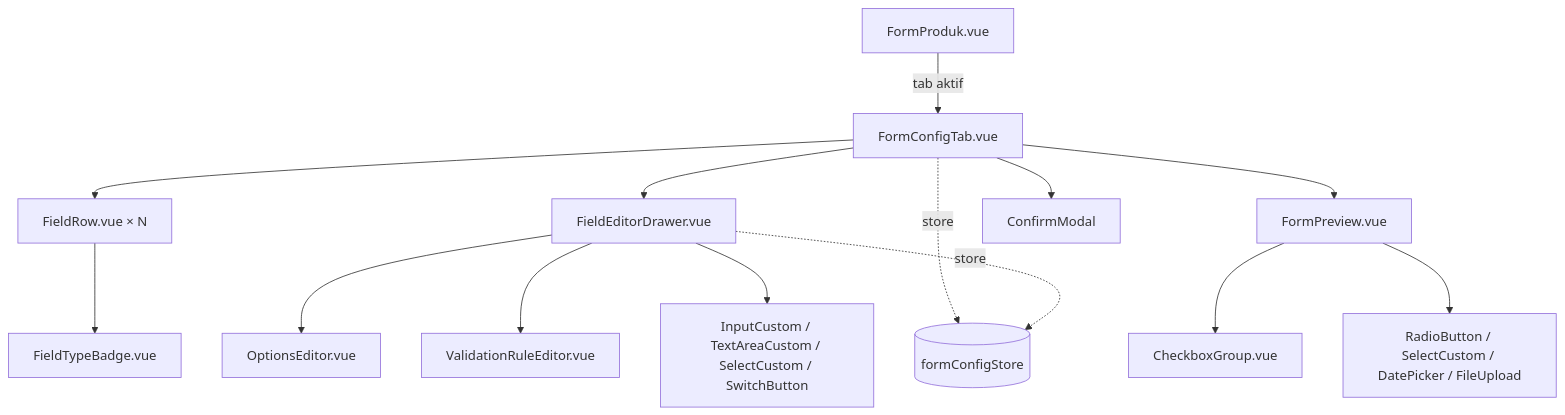
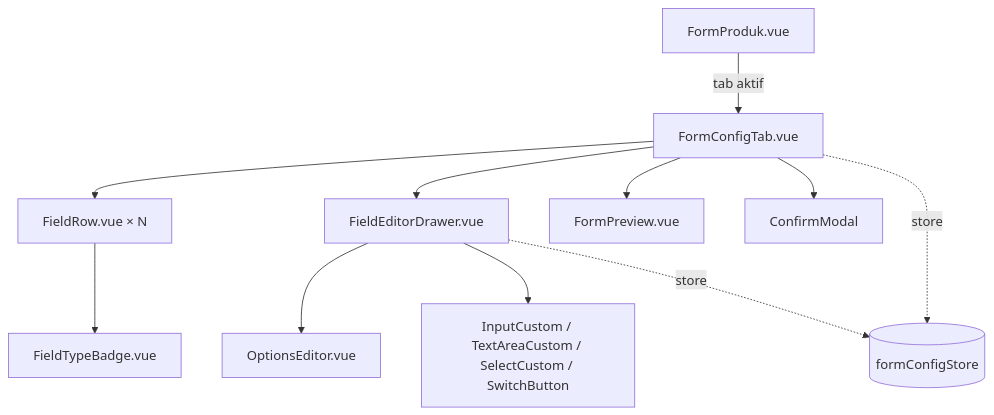
One commit to agitsafikri/api-saktiform-ai changed the diagram in docs/tdd/produk-form-config-frontend.md. Above: the diagram before and after it, drawn with Mermaid. The commit also changed other lines of this file and 42 other files, not shown here.

````diff
--- a/docs/tdd/produk-form-config-frontend.md
+++ b/docs/tdd/produk-form-config-frontend.md
@@ -573,16 +621,13 @@
 ```mermaid
 flowchart TD
     FP[FormProduk.vue] -->|tab aktif| FCT[FormConfigTab.vue]
-    FCT --> FR1[FieldRow.vue × N]
+    FCT --> FR[FieldRow.vue × N]
     FCT --> FED[FieldEditorDrawer.vue]
     FCT --> FPV[FormPreview.vue]
     FCT --> CM[ConfirmModal]
-    FR1 --> FTB[FieldTypeBadge.vue]
+    FR --> FTB[FieldTypeBadge.vue]
     FED --> OE[OptionsEditor.vue]
-    FED --> VRE[ValidationRuleEditor.vue]
     FED --> IC[InputCustom / TextAreaCustom / SelectCustom / SwitchButton]
-    FPV --> CG[CheckboxGroup.vue]
-    FPV --> RB[RadioButton / SelectCustom / DatePicker / FileUpload]
     FCT -.store.-> FCS[(formConfigStore)]
     FED -.store.-> FCS
 ```
````
